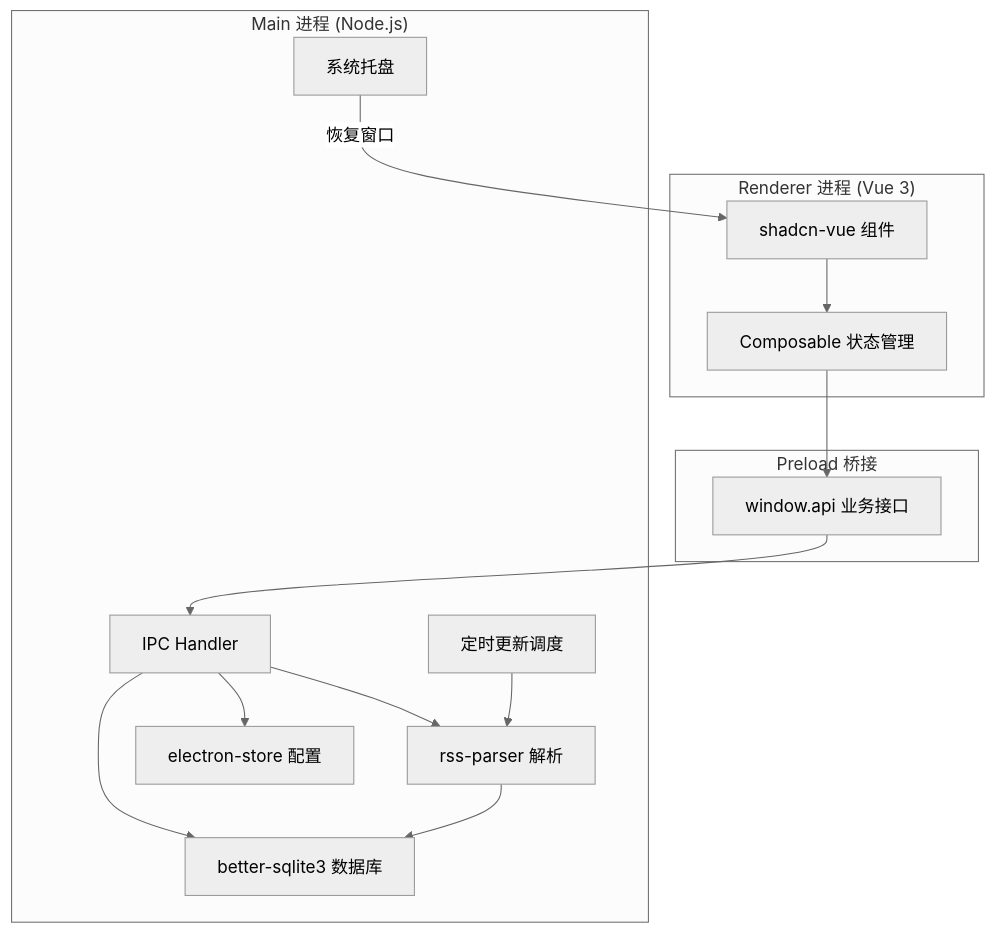
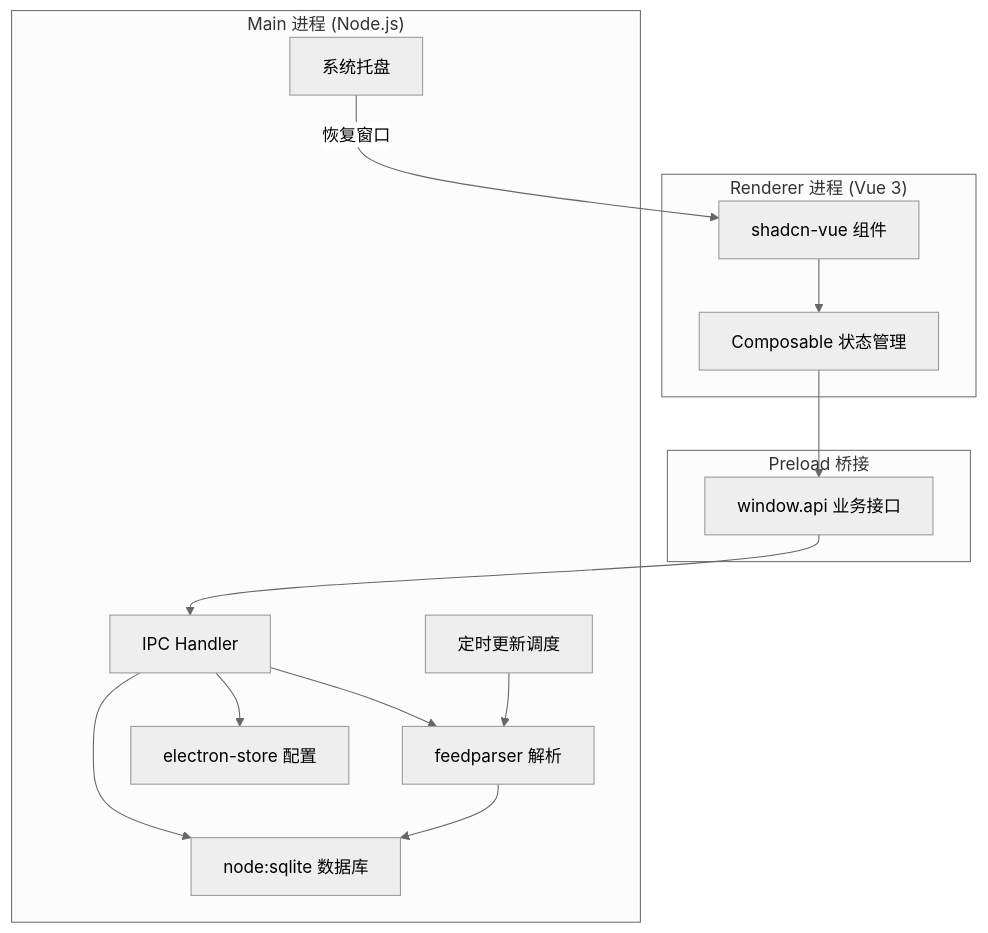
Before and after one commit to lianginx/feed: the diagram in docs/architecture.md, drawn with Mermaid (neutral theme). The commit also changed other lines of this file and 8 other files, not shown here.

````diff
--- a/docs/architecture.md
+++ b/docs/architecture.md
@@ -114,30 +114,30 @@
 ```mermaid
 graph TB
     subgraph "Renderer 进程 (Vue 3)"
         UI[shadcn-vue 组件]
         Store[Composable 状态管理]
     end
 
     subgraph "Preload 桥接"
         API[window.api 业务接口]
     end
 
     subgraph "Main 进程 (Node.js)"
         IPC[IPC Handler]
-        RSS[rss-parser 解析]
-        DB[better-sqlite3 数据库]
+        RSS[feedparser 解析]
+        DB[node:sqlite 数据库]
         Config[electron-store 配置]
         Scheduler[定时更新调度]
         Tray[系统托盘]
     end
 
     UI --> Store
     Store --> API
     API --> IPC
     IPC --> RSS
     IPC --> DB
     IPC --> Config
     RSS --> DB
     Scheduler --> RSS
     Tray -->|恢复窗口| UI
 ```
````
